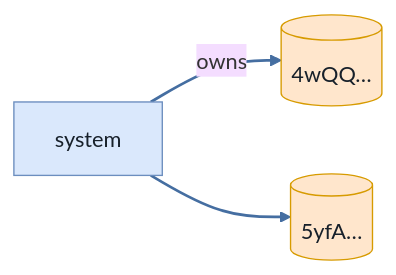
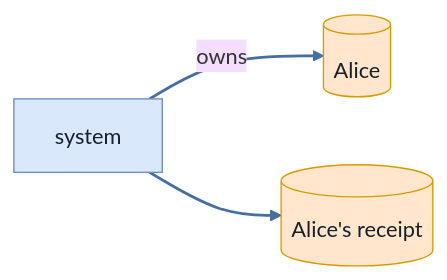
One commit to cds-turbin3/vesting-position changed diagram 15 of 15 in babelfish-tests/test-report/close_receipt_returns_rent_after_close_campaign.md. Above: the diagram before and after it, drawn with Mermaid (base theme). The commit also changed other lines of this file and 104 other files, not shown here.

````diff
--- a/babelfish-tests/test-report/close_receipt_returns_rent_after_close_campaign.md
+++ b/babelfish-tests/test-report/close_receipt_returns_rent_after_close_campaign.md
@@ -594,12 +594,12 @@
 ```mermaid
 flowchart LR
     system["system"]:::program
-    n4wQQ[("4wQQ…")]:::state
-    n5yfA[("5yfA…")]:::state
-    system -->|owns| n4wQQ
-    system --> n5yfA
+    Alice[("Alice")]:::state
+    Alicesreceipt[("Alice's receipt")]:::state
+    system -->|owns| Alice
+    system --> Alicesreceipt
     classDef program fill:#dae8fc,stroke:#6c8ebf,color:#17202a;
     classDef signer fill:#d5e8d4,stroke:#82b366,color:#17202a;
     classDef state fill:#ffe6cc,stroke:#d79b00,color:#17202a;
     linkStyle 0,1 stroke:#456ea1,stroke-width:2px
 ```
````
